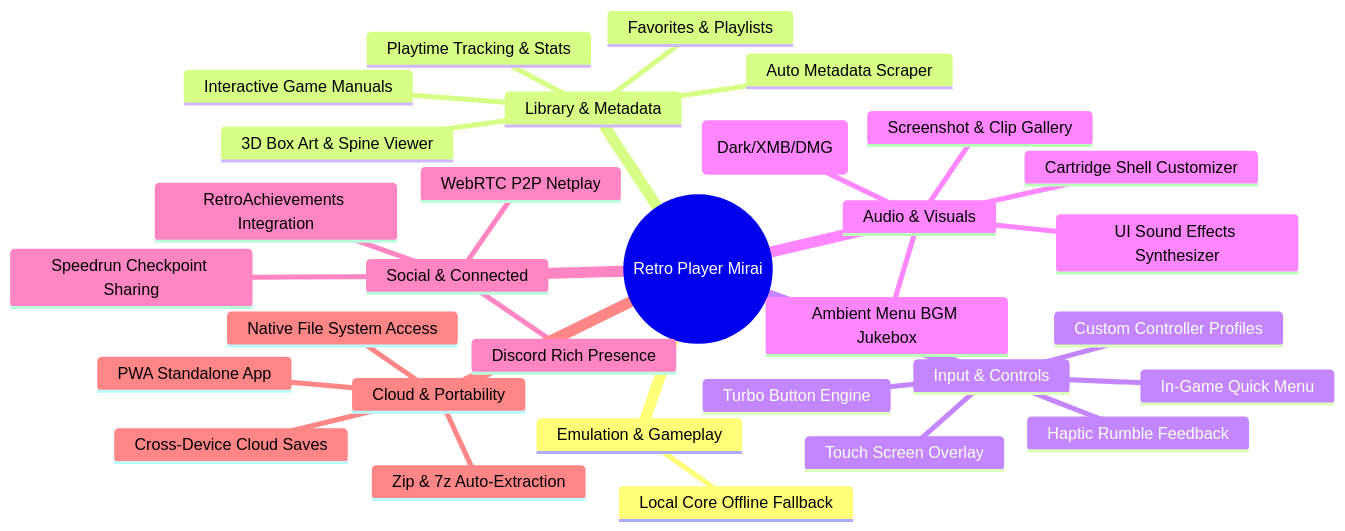
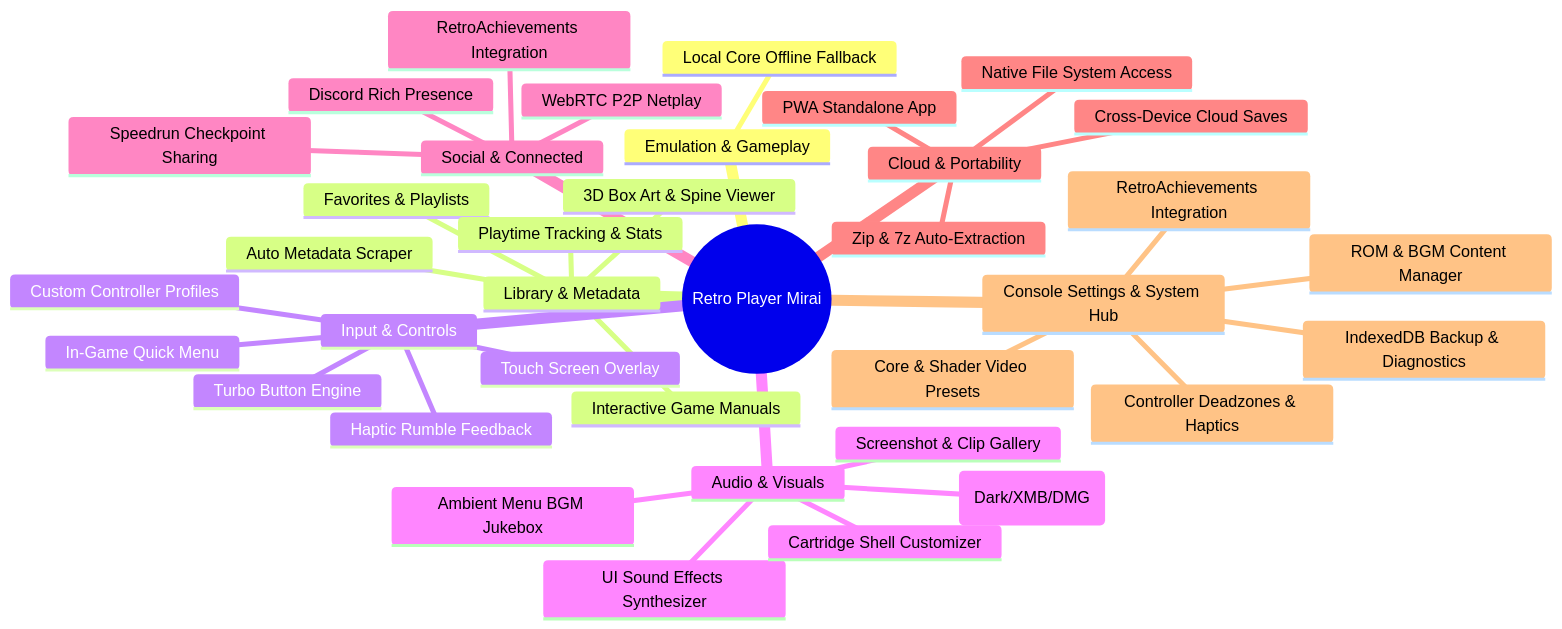
Before and after one commit to godarayudhvir/retro-player: the diagram in mirai.md, drawn with Mermaid. The commit also changed other lines of this file, not shown here.

Commit message:
docs(mirai): expand Settings & System Preferences Hub roadmap in mirai.md

````diff
--- a/mirai.md
+++ b/mirai.md
@@ -94,34 +94,40 @@
 ```mermaid
 mindmap
   root((Retro Player Mirai))
     Emulation & Gameplay
       Local Core Offline Fallback
     Library & Metadata
       Auto Metadata Scraper
       Favorites & Playlists
       Playtime Tracking & Stats
       Interactive Game Manuals
       3D Box Art & Spine Viewer
     Input & Controls
       Touch Screen Overlay
       Haptic Rumble Feedback
       Custom Controller Profiles
       Turbo Button Engine
       In-Game Quick Menu
     Audio & Visuals
       UI Sound Effects Synthesizer
       Ambient Menu BGM Jukebox
       Theme Engine (Dark/XMB/DMG)
       Cartridge Shell Customizer
       Screenshot & Clip Gallery
     Social & Connected
       RetroAchievements Integration
       WebRTC P2P Netplay
       Discord Rich Presence
       Speedrun Checkpoint Sharing
     Cloud & Portability
       Cross-Device Cloud Saves
       PWA Standalone App
       Native File System Access
       Zip & 7z Auto-Extraction
+    Console Settings & System Hub
+      ROM & BGM Content Manager
+      Core & Shader Video Presets
+      Controller Deadzones & Haptics
+      RetroAchievements Integration
+      IndexedDB Backup & Diagnostics
 ```
````
